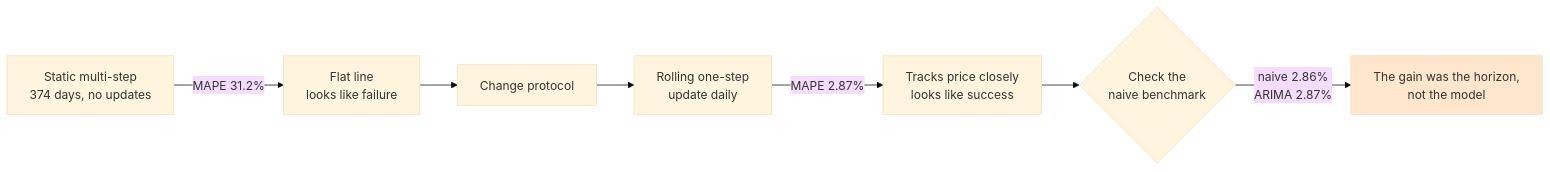
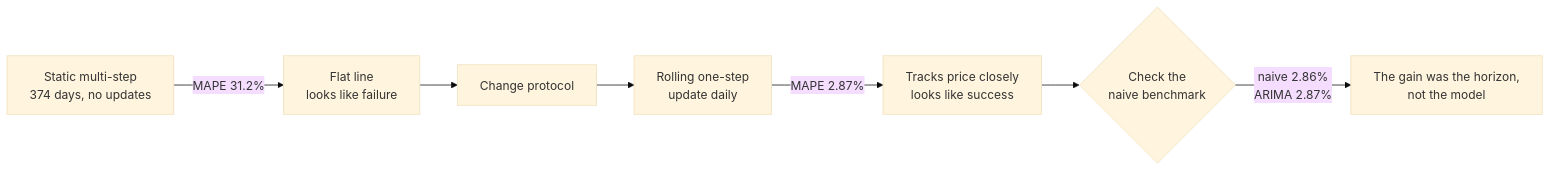
Before and after one commit to ACM40960/projects-DataForge-team: the first of 2 diagrams in arima_xgboost_project/README.md, drawn with Mermaid (base theme). The commit also changed other lines of this file, not shown here.

````diff
--- a/arima_xgboost_project/README.md
+++ b/arima_xgboost_project/README.md
@@ -103,10 +103,9 @@
 ```mermaid
 flowchart LR
     A["Static multi-step<br/>374 days, no updates"] -->|"MAPE 31.2%"| B["Flat line<br/>looks like failure"]
     B --> C["Change protocol"]
     C --> D["Rolling one-step<br/>update daily"]
     D -->|"MAPE 2.87%"| E["Tracks price closely<br/>looks like success"]
     E --> F{"Check the<br/>naive benchmark"}
     F -->|"naive 2.86%<br/>ARIMA 2.87%"| G["The gain was the horizon,<br/>not the model"]
-    style G fill:#ffe6cc
 ```
````
